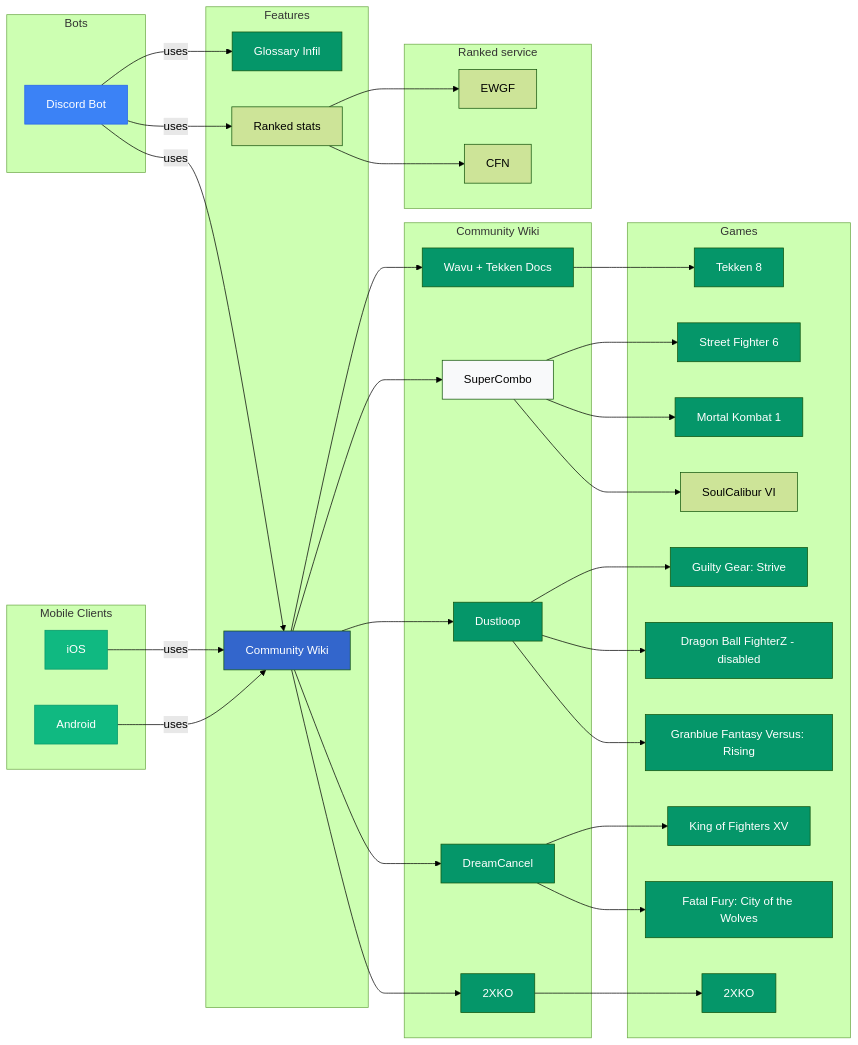
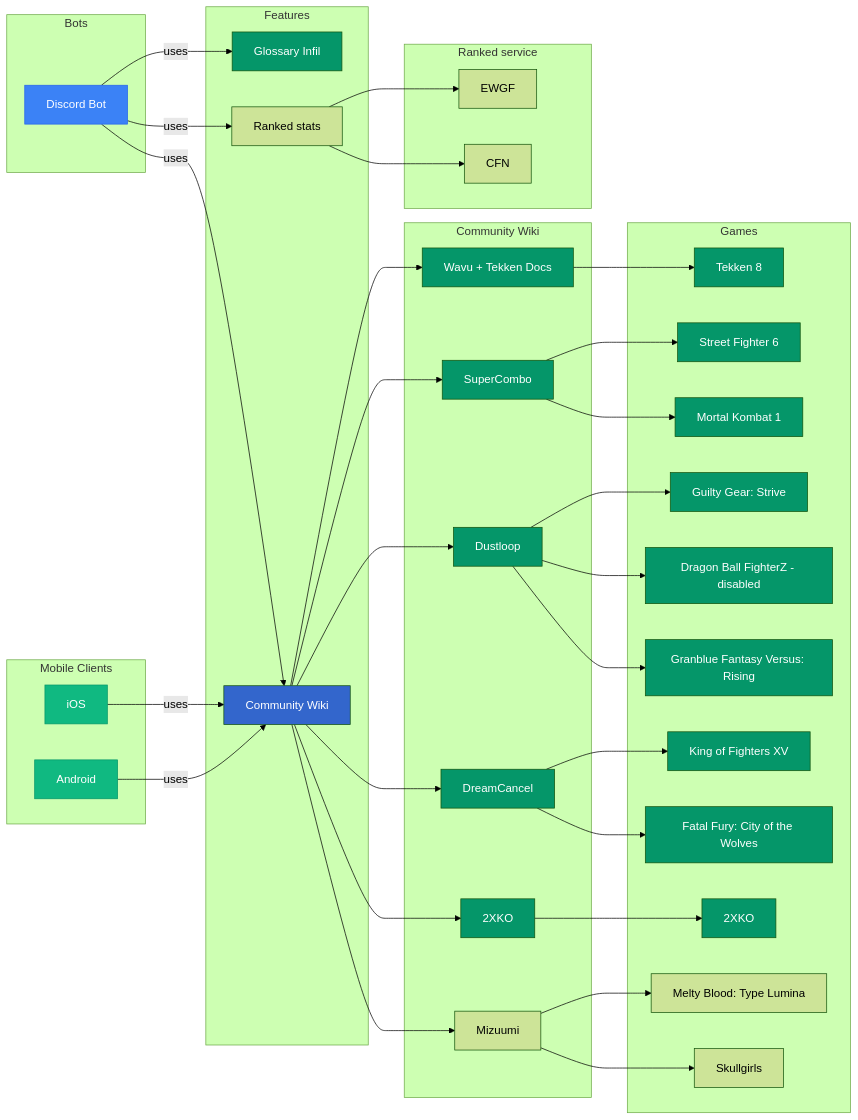
The diagram in mermaid/modules.mmd (Sophon/FightingNerd), drawn with Mermaid (forest theme) before and after one commit. The commit also changed 1 other file, not shown here.

Commit message:
doc (mermaid): content

```diff
--- a/mermaid/modules.mmd
+++ b/mermaid/modules.mmd
@@ -1,89 +1,93 @@
 graph LR
     subgraph Bots
         discordBot[Discord Bot]
     end
 
     subgraph "Mobile Clients"
         android[Android]
         iOS[iOS]
     end
 
     subgraph Features
         glossaryInfil[Glossary Infil]
         communityWiki[Community Wiki]
         elo[Ranked stats]
     end
 
     subgraph Community Wiki
         wikiWavu[Wavu + Tekken Docs]
         supercombo[SuperCombo]
         2xko[2XKO]
         dustloop[Dustloop]
         dreamcancel[DreamCancel]
+        mizuumi[Mizuumi]
     end
 
     subgraph Games
         t8[Tekken 8]
         sf6[Street Fighter 6]
         mk1[Mortal Kombat 1]
-        sc6[SoulCalibur VI]
         ggst[Guilty Gear: Strive]
         dbfz[Dragon Ball FighterZ - disabled]
         gbvsr[Granblue Fantasy Versus: Rising]
         kof15[King of Fighters XV]
         cotw[Fatal Fury: City of the Wolves]
         xko[2XKO]
+        melty[Melty Blood: Type Lumina]
+        sg[Skullgirls]
     end
 
     subgraph Ranked service
         ewgf[EWGF]
         cfn[CFN]
     end
 
     android -->|uses| communityWiki
     iOS -->|uses| communityWiki
 
     discordBot -->|uses| glossaryInfil
     discordBot -->|uses| communityWiki
     discordBot -->|uses| elo
 
     communityWiki --> wikiWavu
     communityWiki --> supercombo
     communityWiki --> 2xko
     communityWiki --> dreamcancel
     communityWiki --> dustloop
+    communityWiki --> mizuumi
 
     elo --> ewgf
     elo --> cfn
 
     wikiWavu --> t8
     supercombo --> sf6
     supercombo --> mk1
-    supercombo --> sc6
     dustloop --> ggst
     dustloop --> dbfz
     dustloop --> gbvsr
     2xko --> xko
     dreamcancel --> kof15
     dreamcancel --> cotw
+    mizuumi --> melty
+    mizuumi --> sg
 
 
-    style discordBot fill:#3B82F6,stroke:#2563EB,color:#fff
-    style android fill:#10B981,stroke:#059669,color:#fff
-    style iOS fill:#10B981,stroke:#059669,color:#fff
-    style glossaryInfil fill:#059669,color:#fff
-    style communityWiki fill:#3366CC,color:#fff
-    style wikiWavu fill:#059669,color:#fff
-    style supercombo fill:#F8F9FA,color:#000000
+    style discordBot fill:#3B82F6,stroke:#2563EB, color:#fff
+    style android fill:#10B981,stroke:#059669, color:#fff
+    style iOS fill:#10B981,stroke:#059669, color:#fff
+    style glossaryInfil fill:#059669, color:#fff
+    style communityWiki fill:#3366CC, color:#fff
+    style wikiWavu fill:#059669, color:#fff
+    style supercombo fill:#059669, color:#fff
     style dreamcancel fill:#059669, color:#fff
-    style dustloop fill:#059669,color:#fff
-    style 2xko fill:#059669,color:#fff
+    style dustloop fill:#059669, color:#fff
+    style 2xko fill:#059669, color:#fff
     style t8 fill:#059669, color:#fff
     style sf6 fill:#059669, color:#fff
     style xko fill:#059669, color:#fff
-    style kof15 fill:#059669,color:#fff
-    style cotw fill:#059669,color:#fff
-    style ggst fill:#059669,color:#fff
-    style mk1 fill:#059669,color:#fff
-    style dbfz fill:#059669,color:#fff
-    style gbvsr fill:#059669,color:#fff
+    style kof15 fill:#059669, color:#fff
+    style cotw fill:#059669, color:#fff
+    style ggst fill:#059669, color:#fff
+    style mk1 fill:#059669, color:#fff
+    style dbfz fill:#059669, color:#fff
+    style gbvsr fill:#059669, color:#fff
```
